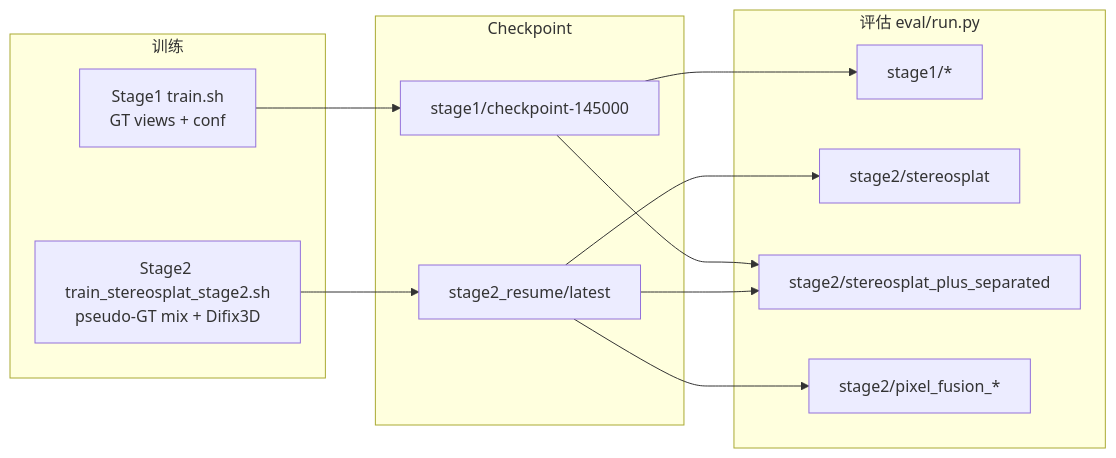
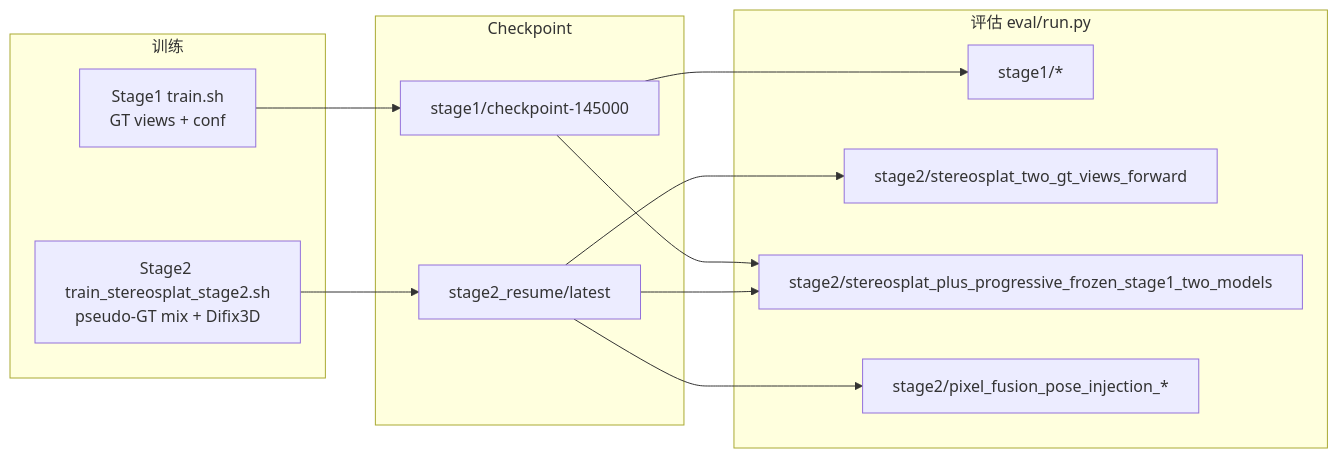
One commit to Magicboomliu/StereoSplat_Plus changed the second of 2 diagrams in stereosplat/eval/README.md. Above: the diagram before and after it, drawn with Mermaid. The commit also changed other lines of this file and 12 other files, not shown here.

````diff
--- a/stereosplat/eval/README.md
+++ b/stereosplat/eval/README.md
@@ -267,27 +287,27 @@
 ```mermaid
 flowchart LR
     subgraph train ["训练"]
         T1["Stage1 train.sh\nGT views + conf"]
         T2["Stage2 train_stereosplat_stage2.sh\npseudo-GT mix + Difix3D"]
     end
 
     subgraph ckpt ["Checkpoint"]
         C1["stage1/checkpoint-145000"]
         C2["stage2_resume/latest"]
     end
 
     subgraph eval ["评估 eval/run.py"]
         E1["stage1/*"]
-        E2s["stage2/stereosplat"]
-        E2p["stage2/stereosplat_plus_separated"]
-        E2f["stage2/pixel_fusion_*"]
+        E2s["stage2/stereosplat_two_gt_views_forward"]
+        E2p["stage2/stereosplat_plus_progressive_frozen_stage1_two_models"]
+        E2f["stage2/pixel_fusion_pose_injection_*"]
     end
 
     T1 --> C1
     T2 --> C2
     C1 --> E1
     C1 --> E2p
     C2 --> E2s
     C2 --> E2p
     C2 --> E2f
 ```
````
